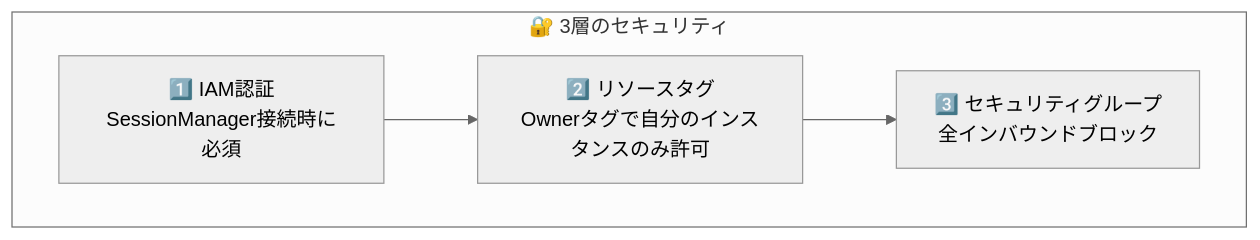
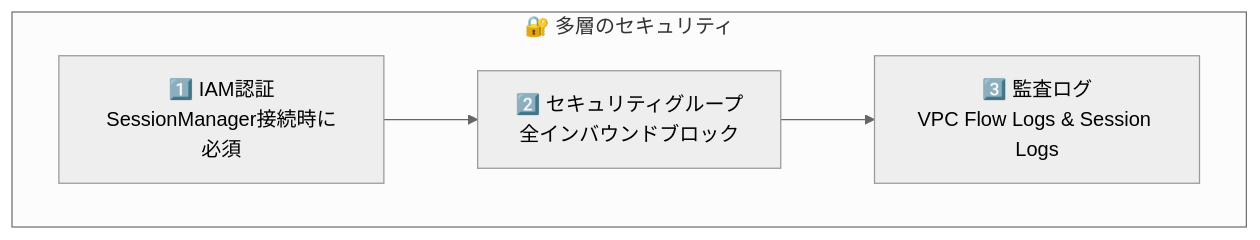
The third of 3 diagrams in README.md (sukekyo26/ec2-workstation), drawn with Mermaid (neutral theme) before and after one commit. The commit also changed other lines of this file and 3 other files, not shown here.

Commit message:
Configure VPC Flow Logs with 1-month retention for security audit compliance

````diff
--- a/README.md
+++ b/README.md
@@ -127,9 +127,9 @@
 ```mermaid
 flowchart TB
-    subgraph Security["🔐 3層のセキュリティ"]
+    subgraph Security["🔐 多層のセキュリティ"]
         L1["1️⃣ IAM認証<br/>SessionManager接続時に必須"]
-        L2["2️⃣ リソースタグ<br/>Ownerタグで自分のインスタンスのみ許可"]
-        L3["3️⃣ セキュリティグループ<br/>全インバウンドブロック"]
+        L2["2️⃣ セキュリティグループ<br/>全インバウンドブロック"]
+        L3["3️⃣ 監査ログ<br/>VPC Flow Logs & Session Logs"]
     end
     L1 --> L2 --> L3
 ```
````
